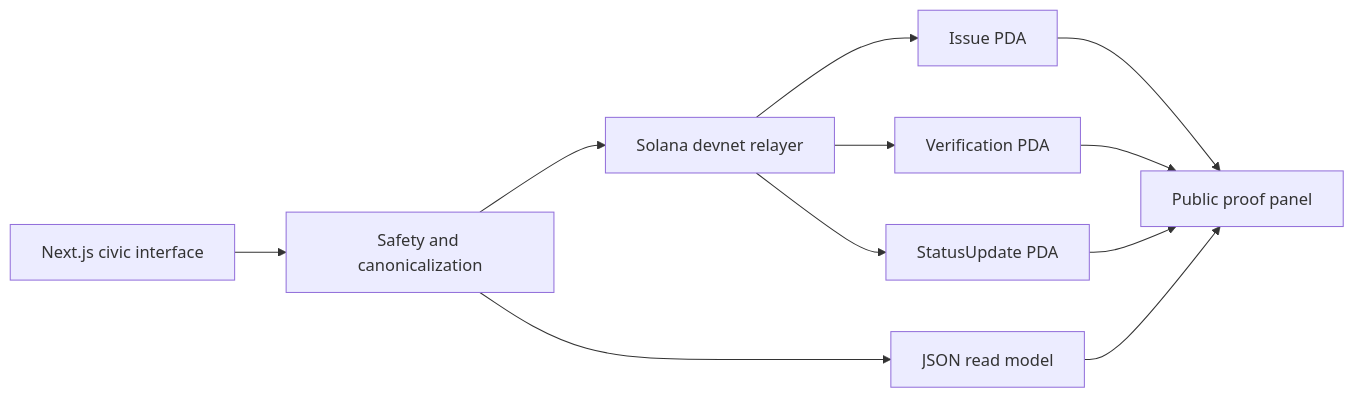
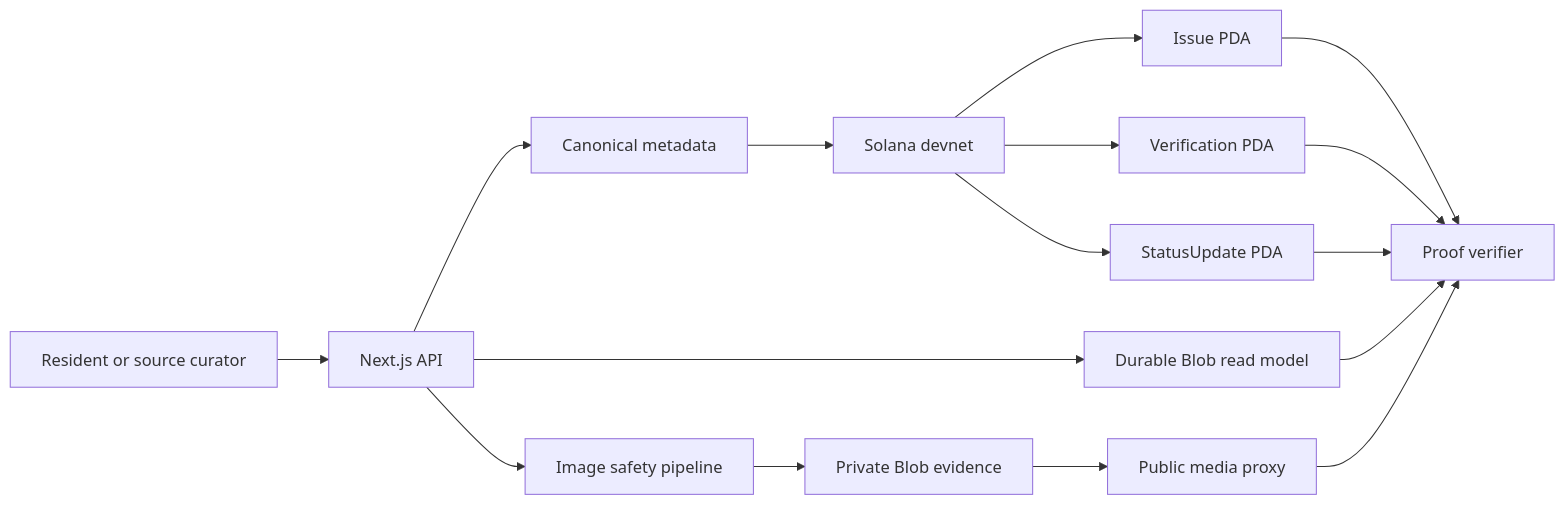
Before and after one commit to dantwoashim/Nagarik_Signals: the diagram in README.md, drawn with Mermaid. The commit also changed other lines of this file and 100 other files, not shown here.

````diff
--- a/README.md
+++ b/README.md
@@ -63,13 +53,18 @@
 ```mermaid
 flowchart LR
-    A[Next.js civic interface] --> B[Safety and canonicalization]
-    B --> C[JSON read model]
-    B --> D[Solana devnet relayer]
-    D --> E[Issue PDA]
-    D --> F[Verification PDA]
-    D --> G[StatusUpdate PDA]
-    E --> H[Public proof panel]
-    F --> H
-    G --> H
-    C --> H
+    A[Resident or source curator] --> B[Next.js API]
+    B --> C[Image safety pipeline]
+    C --> D[Private Blob evidence]
+    B --> E[Canonical metadata]
+    E --> F[Solana devnet]
+    F --> G[Issue PDA]
+    F --> H[Verification PDA]
+    F --> I[StatusUpdate PDA]
+    B --> J[Durable Blob read model]
+    D --> K[Public media proxy]
+    G --> L[Proof verifier]
+    H --> L
+    I --> L
+    J --> L
+    K --> L
 ```
````
